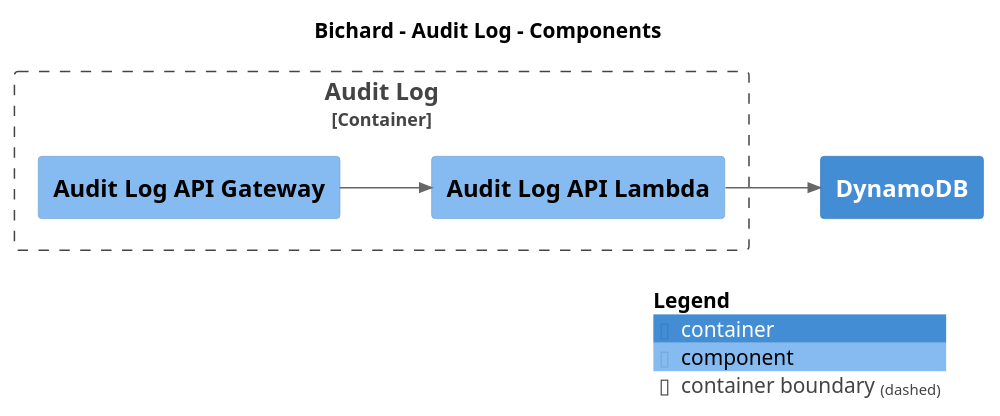
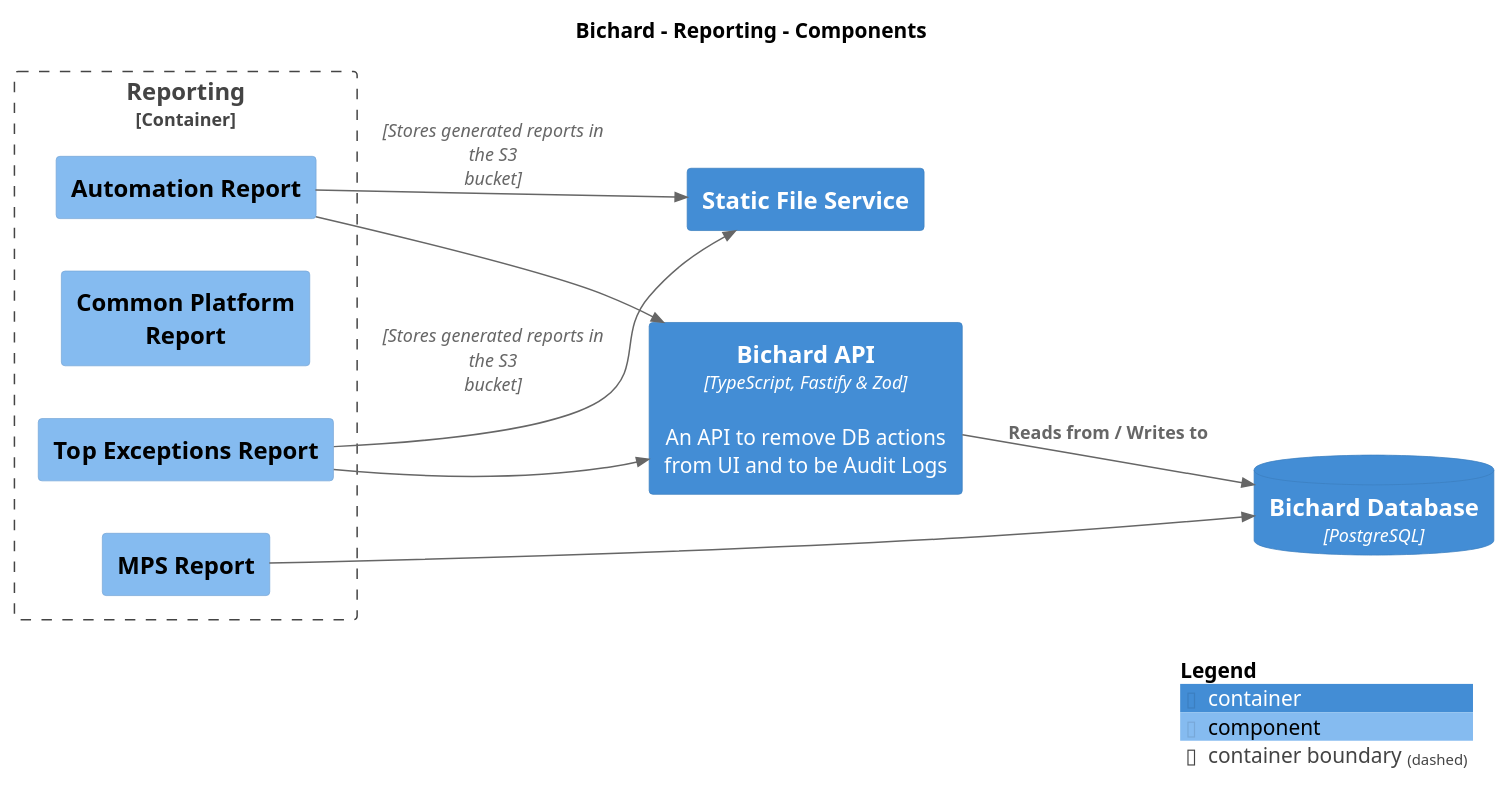
One commit to ministryofjustice/bichard7-next-core changed the diagram in main/puml/Component-004.puml. Above: the diagram before and after it, drawn with PlantUML. The commit also changed 178 other files, not shown here.

```diff
--- a/main/puml/Component-004.puml
+++ b/main/puml/Component-004.puml
@@ -1,23 +1,31 @@
 @startuml
 set separator none
-title Bichard - Audit Log - Components
+title Bichard - Reporting - Components
 
 left to right direction
 
 !include <C4/C4>
 !include <C4/C4_Context>
 !include <C4/C4_Container>
 !include <C4/C4_Component>
 
-Container(Bichard.DynamoDB, "DynamoDB", $techn="", $descr="", $tags="", $link="")
+ContainerDb(Bichard.BichardDatabase, "Bichard Database", $techn="PostgreSQL", $descr="", $tags="", $link="")
+Container(Bichard.StaticFileService, "Static File Service", $techn="", $descr="", $tags="", $link="")
+Container(Bichard.BichardAPI, "Bichard API", $techn="TypeScript, Fastify & Zod", $descr="An API to remove DB actions from UI and to be Audit Logs", $tags="", $link="")
 
-Container_Boundary("Bichard.AuditLog_boundary", "Audit Log", $tags="") {
-  Component(Bichard.AuditLog.AuditLogAPIGateway, "Audit Log API Gateway", $techn="", $descr="", $tags="", $link="")
-  Component(Bichard.AuditLog.AuditLogAPILambda, "Audit Log API Lambda", $techn="", $descr="", $tags="", $link="")
+Container_Boundary("Bichard.Reporting_boundary", "Reporting", $tags="") {
+  Component(Bichard.Reporting.AutomationReport, "Automation Report", $techn="", $descr="", $tags="", $link="")
+  Component(Bichard.Reporting.CommonPlatformReport, "Common Platform Report", $techn="", $descr="", $tags="", $link="")
+  Component(Bichard.Reporting.MPSReport, "MPS Report", $techn="", $descr="", $tags="", $link="")
+  Component(Bichard.Reporting.TopExceptionsReport, "Top Exceptions Report", $techn="", $descr="", $tags="", $link="")
 }
 
-Rel(Bichard.AuditLog.AuditLogAPIGateway, Bichard.AuditLog.AuditLogAPILambda, "", $techn="", $tags="", $link="")
-Rel(Bichard.AuditLog.AuditLogAPILambda, Bichard.DynamoDB, "", $techn="", $tags="", $link="")
+Rel(Bichard.Reporting.AutomationReport, Bichard.BichardAPI, "", $techn="", $tags="", $link="")
+Rel(Bichard.Reporting.MPSReport, Bichard.BichardDatabase, "", $techn="", $tags="", $link="")
+Rel(Bichard.Reporting.TopExceptionsReport, Bichard.BichardAPI, "", $techn="", $tags="", $link="")
+Rel(Bichard.Reporting.AutomationReport, Bichard.StaticFileService, "", $techn="Stores generated reports in the S3 bucket", $tags="", $link="")
+Rel(Bichard.Reporting.TopExceptionsReport, Bichard.StaticFileService, "", $techn="Stores generated reports in the S3 bucket", $tags="", $link="")
+Rel(Bichard.BichardAPI, Bichard.BichardDatabase, "Reads from / Writes to", $techn="", $tags="", $link="")
 
 SHOW_LEGEND(true)
 @enduml
```
